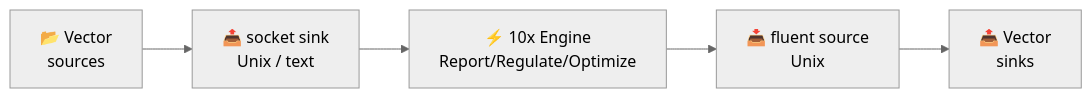
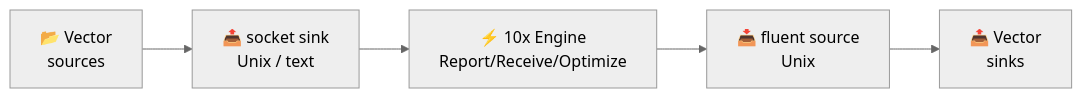
Before and after one commit to log-10x/modules: the diagram in pipelines/run/modules/input/forwarder/vector/doc.md, drawn with Mermaid (neutral theme). The commit also changed other lines of this file and 181 other files, not shown here.

````diff
--- a/pipelines/run/modules/input/forwarder/vector/doc.md
+++ b/pipelines/run/modules/input/forwarder/vector/doc.md
@@ -9,7 +9,7 @@
 ```mermaid
 graph LR
     A["📂 Vector<br/>sources"] --> B["📤 socket sink<br/>Unix / text"]
-    B --> C["⚡ 10x Engine<br/>Report/Regulate/Optimize"]
+    B --> C["⚡ 10x Engine<br/>Report/Receive/Optimize"]
     C --> D["📥 fluent source<br/>Unix"]
     D --> E["📤 Vector<br/>sinks"]
 ```
````
